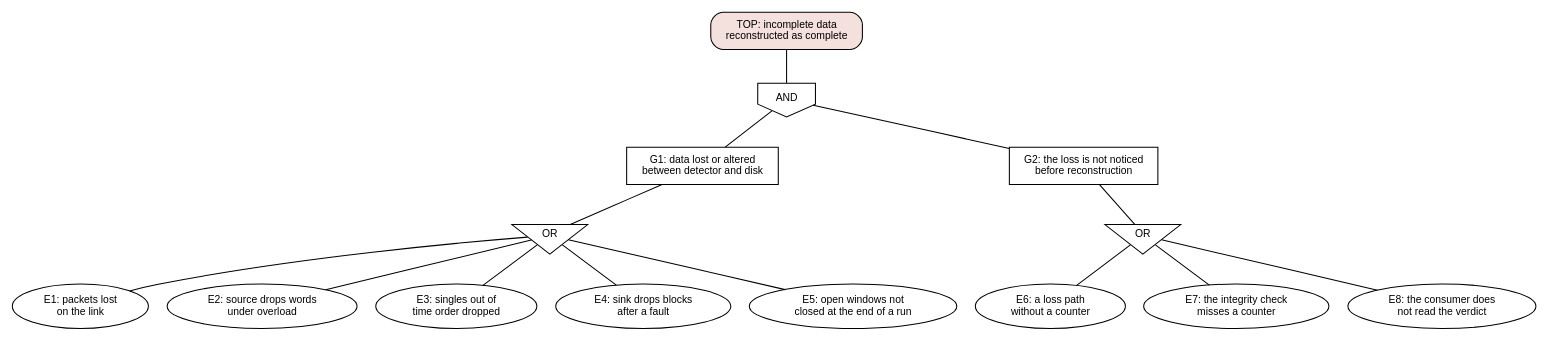
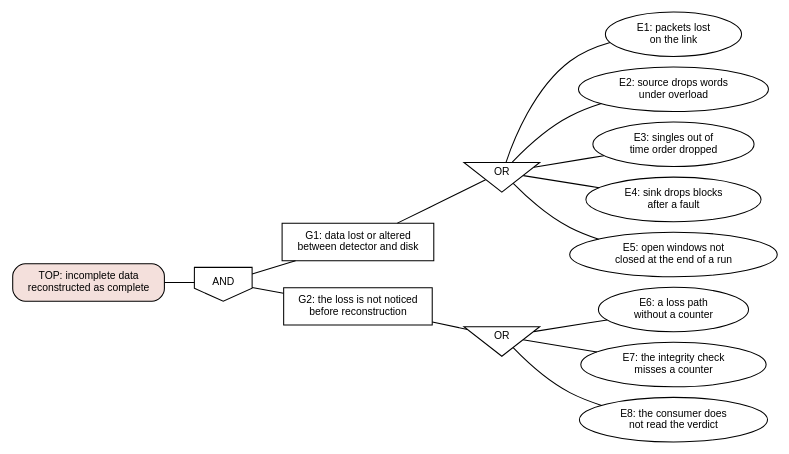
Before and after one commit to OussamaSegh/detector-to-diagnosis: the diagram in docs/regulatory/risk/fault-tree-data-loss.dot, drawn with Graphviz. The commit also changed 10 other files, not shown here.

```diff
--- a/docs/regulatory/risk/fault-tree-data-loss.dot
+++ b/docs/regulatory/risk/fault-tree-data-loss.dot
@@ -1,38 +1,38 @@
 // Fault tree of hazard H-01 (Chapter 15): the top event, the gates and the basic events.
-// Basic events E1 to E5 lose data, E6 to E8 hide the loss; risk controls RC-01 to RC-05
-// (hazards.json) act on them. Exercise 15.4 works out the minimal cut sets.
+// Basic events E1 to E5 lose data, E6 to E8 hide the loss; risk controls RC-01 to RC-05 and
+// RC-20 (hazards.json) act on them. Exercise 15.4 works out the minimal cut sets.
 digraph fault_tree {
-  rankdir=TB; nodesep=0.25; ranksep=0.4;
+  rankdir=LR; nodesep=0.15; ranksep=0.4;
   node [fontname="Helvetica", fontsize=10];
   edge [arrowhead=none];
 
   top [shape=box, style="rounded,filled", fillcolor="#f4e0dc", label="TOP: incomplete data\nreconstructed as complete"];
   g_and [shape=invhouse, label="AND"];
   g_lost [shape=box, label="G1: data lost or altered\nbetween detector and disk"];
   g_lost_or [shape=invtriangle, label="OR"];
   g_miss [shape=box, label="G2: the loss is not noticed\nbefore reconstruction"];
   g_miss_or [shape=invtriangle, label="OR"];
 
   e1 [shape=ellipse, label="E1: packets lost\non the link"];
   e2 [shape=ellipse, label="E2: source drops words\nunder overload"];
   e3 [shape=ellipse, label="E3: singles out of\ntime order dropped"];
   e4 [shape=ellipse, label="E4: sink drops blocks\nafter a fault"];
   e5 [shape=ellipse, label="E5: open windows not\nclosed at the end of a run"];
   e6 [shape=ellipse, label="E6: a loss path\nwithout a counter"];
   e7 [shape=ellipse, label="E7: the integrity check\nmisses a counter"];
   e8 [shape=ellipse, label="E8: the consumer does\nnot read the verdict"];
 
   top -> g_and;
   g_and -> g_lost;
   g_and -> g_miss;
   g_lost -> g_lost_or;
   g_lost_or -> e1;
   g_lost_or -> e2;
   g_lost_or -> e3;
   g_lost_or -> e4;
   g_lost_or -> e5;
   g_miss -> g_miss_or;
   g_miss_or -> e6;
   g_miss_or -> e7;
   g_miss_or -> e8;
 }
```
